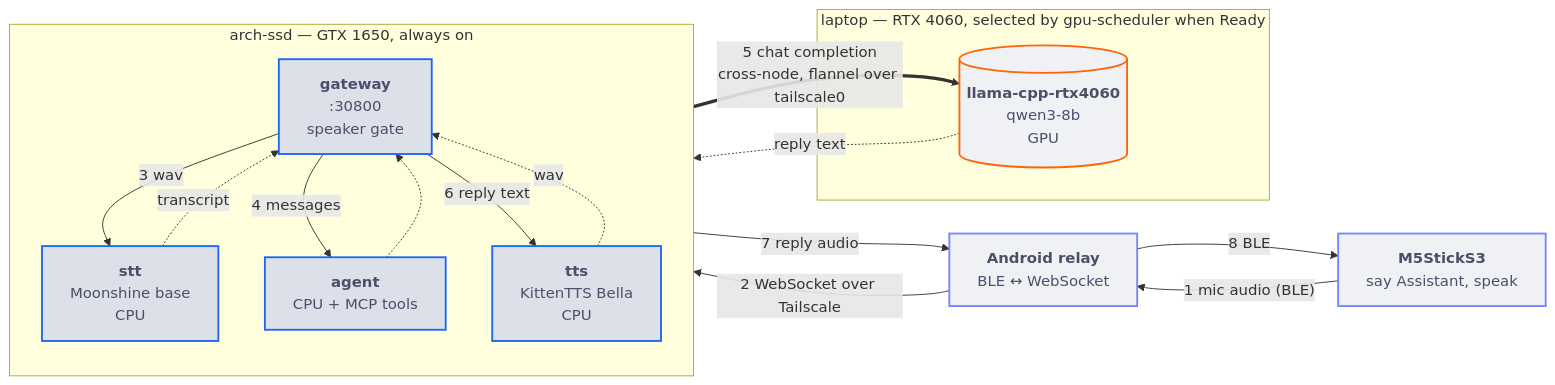
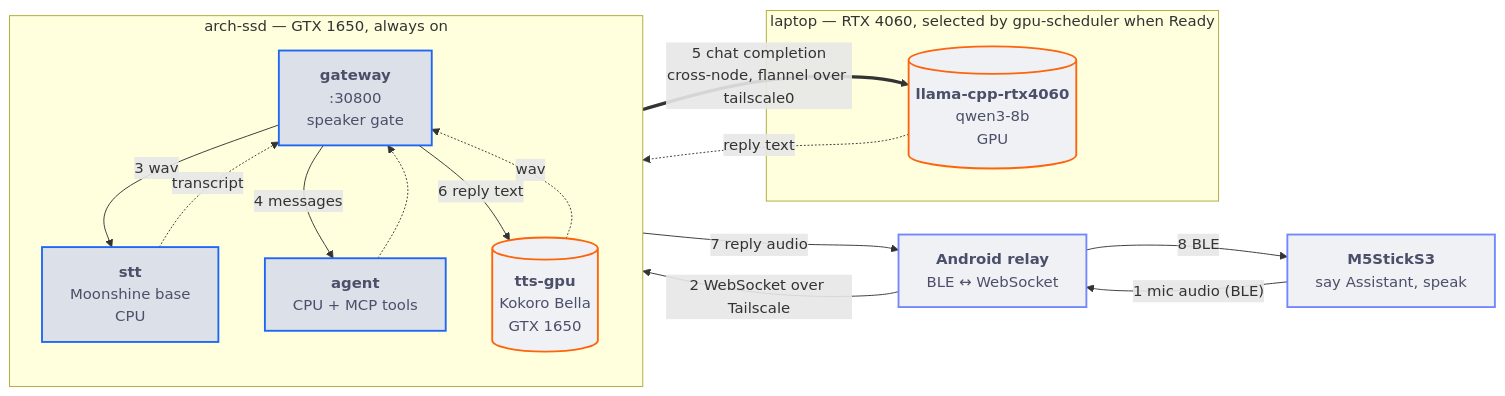
The fourth of 5 diagrams in README.md (adixg/voice-assistant), drawn with Mermaid before and after one commit. The commit also changed other lines of this file and 8 other files, not shown here.

First line of the commit message:
Failover benchmark and docs for TTS on the idle GTX 1650

````diff
--- a/README.md
+++ b/README.md
@@ -140,37 +141,37 @@
 ```mermaid
 flowchart LR
     stick["<b>M5StickS3</b><br>say Assistant, speak"]
     phone["<b>Android relay</b><br>BLE ↔ WebSocket"]
 
     subgraph ssd["arch-ssd — GTX 1650, always on"]
         direction TB
         gw["<b>gateway</b><br>:30800<br>speaker gate"]
         stt["<b>stt</b><br>Moonshine base<br>CPU"]
         agent["<b>agent</b><br>CPU + MCP tools"]
-        tts["<b>tts</b><br>KittenTTS Bella<br>CPU"]
+        tts[("<b>tts-gpu</b><br>Kokoro Bella<br>GTX 1650")]
     end
 
     subgraph lap["laptop — RTX 4060, selected by gpu-scheduler when Ready"]
         llm[("<b>llama-cpp-rtx4060</b><br>qwen3-8b<br>GPU")]
     end
 
     stick -->|"1 mic audio (BLE)"| phone
     phone -->|"2 WebSocket over Tailscale"| gw
     gw -->|"3 wav"| stt
     stt -.->|transcript| gw
     gw -->|"4 messages"| agent
     agent ==>|"5 chat completion<br>cross-node, flannel over tailscale0"| llm
     llm -.->|reply text| agent
     agent -.-> gw
     gw -->|"6 reply text"| tts
     tts -.->|wav| gw
     gw -->|"7 reply audio"| phone
     phone -->|"8 BLE"| stick
 
     classDef dev fill:#eff1f5,stroke:#7287fd,stroke-width:2px,color:#4c4f69
     classDef svc fill:#dce0e8,stroke:#1e66f5,stroke-width:2px,color:#4c4f69
     classDef gpu fill:#eff1f5,stroke:#fe640b,stroke-width:2px,color:#4c4f69
     class stick,phone dev
-    class gw,stt,agent,tts svc
-    class llm gpu
+    class gw,stt,agent svc
+    class llm,tts gpu
 ```
````
